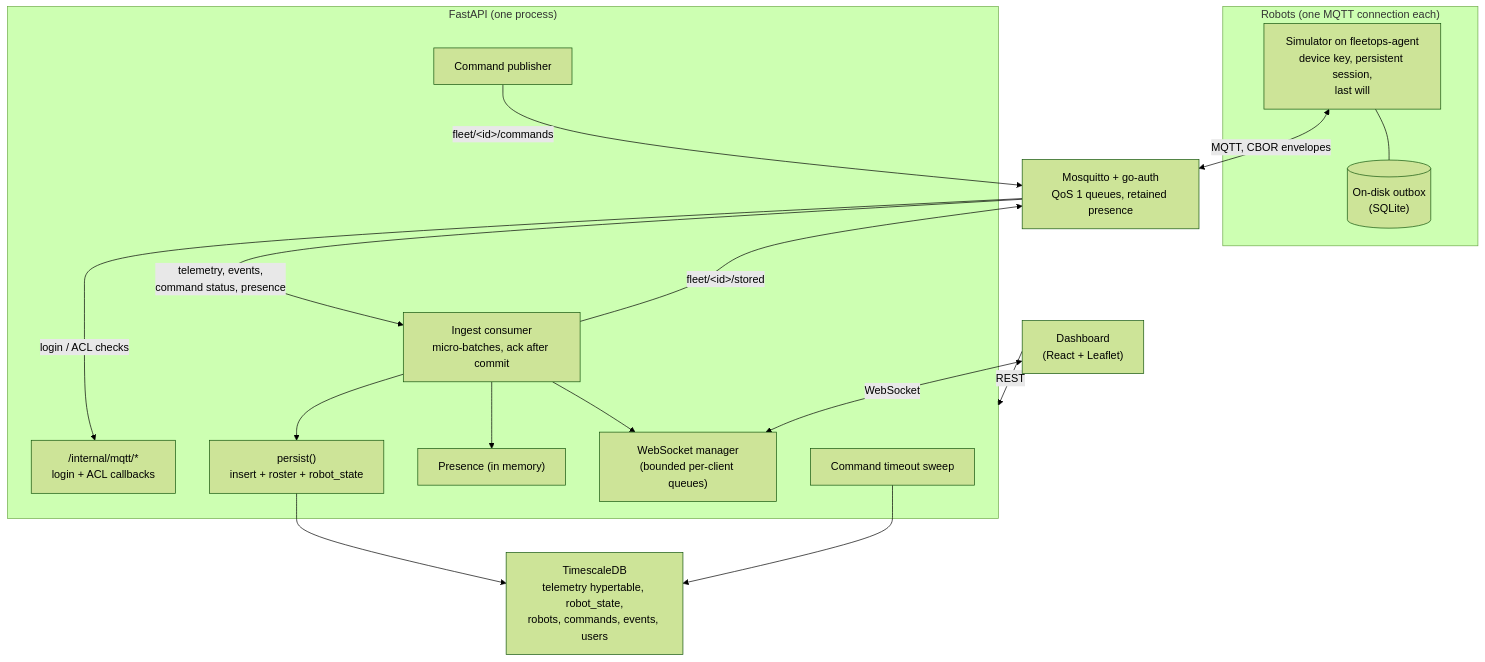
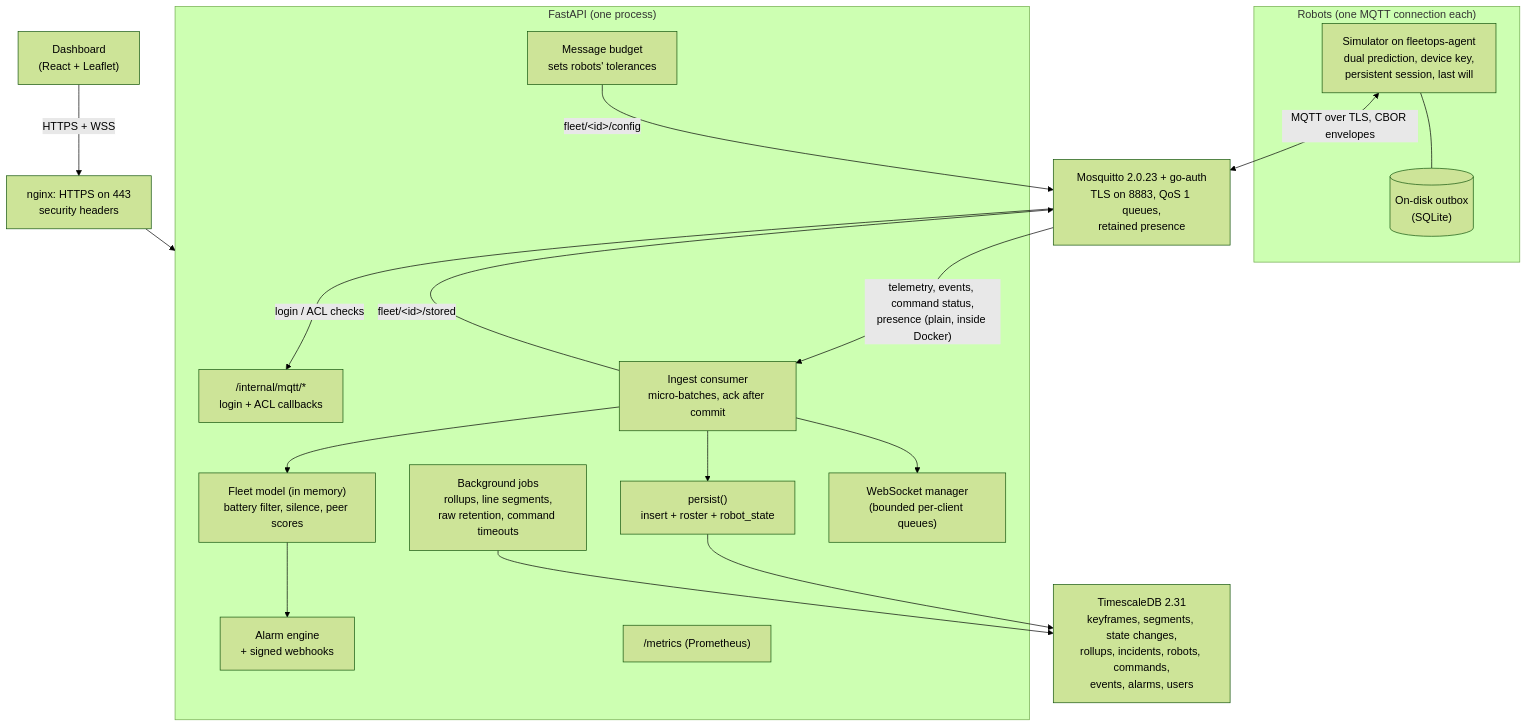
One commit to colin-110/robot-fleet-platform changed the diagram in docs/architecture.md. Above: the diagram before and after it, drawn with Mermaid (forest theme). The commit also changed other lines of this file and 22 other files, not shown here.

First line of the commit message:
Store telemetry as line segments within a guaranteed error

````diff
--- a/docs/architecture.md
+++ b/docs/architecture.md
@@ -11,35 +14,37 @@
 ```mermaid
 graph TB
   subgraph Robots["Robots (one MQTT connection each)"]
-    SIM["Simulator on fleetops-agent<br/>device key, persistent session,<br/>last will"]
+    SIM["Simulator on fleetops-agent<br/>dual prediction, device key,<br/>persistent session, last will"]
     OUTBOX[("On-disk outbox<br/>(SQLite)")]
   end
 
-  BROKER["Mosquitto + go-auth<br/>QoS 1 queues, retained presence"]
+  BROKER["Mosquitto 2.0.23 + go-auth<br/>TLS on 8883, QoS 1 queues,<br/>retained presence"]
 
   subgraph API["FastAPI (one process)"]
     AUTH["/internal/mqtt/*<br/>login + ACL callbacks"]
     INGEST["Ingest consumer<br/>micro-batches, ack after commit"]
     PERSIST["persist()<br/>insert + roster + robot_state"]
-    CMDS["Command publisher"]
-    PRES["Presence (in memory)"]
+    MODEL["Fleet model (in memory)<br/>battery filter, silence, peer scores"]
+    ALARMS["Alarm engine<br/>+ signed webhooks"]
+    BUDGET["Message budget<br/>sets robots' tolerances"]
+    JOBS["Background jobs<br/>rollups, line segments,<br/>raw retention, command timeouts"]
     WS["WebSocket manager<br/>(bounded per-client queues)"]
-    TIMEOUTS["Command timeout sweep"]
+    METRICS["/metrics (Prometheus)"]
   end
 
-  PG["TimescaleDB<br/>telemetry hypertable, robot_state,<br/>robots, commands, events, users"]
+  PG["TimescaleDB 2.31<br/>keyframes, segments, state changes,<br/>rollups, incidents, robots, commands,<br/>events, alarms, users"]
+  NGINX["nginx: HTTPS on 443<br/>security headers"]
   DASH["Dashboard<br/>(React + Leaflet)"]
 
   SIM --- OUTBOX
-  SIM <-->|"MQTT, CBOR envelopes"| BROKER
+  SIM <-->|"MQTT over TLS, CBOR envelopes"| BROKER
   BROKER -->|"login / ACL checks"| AUTH
-  BROKER -->|"telemetry, events,<br/>command status, presence"| INGEST
+  BROKER -->|"telemetry, events, command status,<br/>presence (plain, inside Docker)"| INGEST
   INGEST --> PERSIST --> PG
-  INGEST --> PRES
-  CMDS -->|"fleet/&lt;id&gt;/commands"| BROKER
+  INGEST --> MODEL --> ALARMS
   INGEST -->|"fleet/&lt;id&gt;/stored"| BROKER
+  BUDGET -->|"fleet/&lt;id&gt;/config"| BROKER
+  JOBS --> PG
   INGEST --> WS
-  DASH <-->|"WebSocket"| WS
-  DASH -->|"REST"| API
-  TIMEOUTS --> PG
+  DASH -->|"HTTPS + WSS"| NGINX --> API
 ```
````
